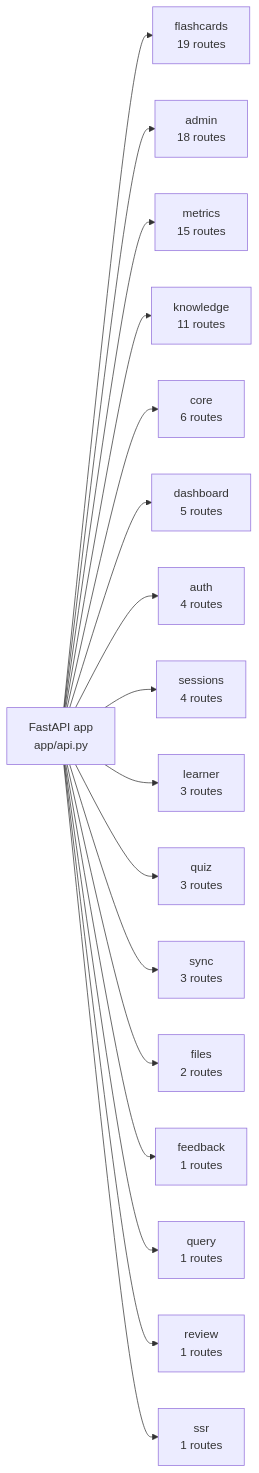
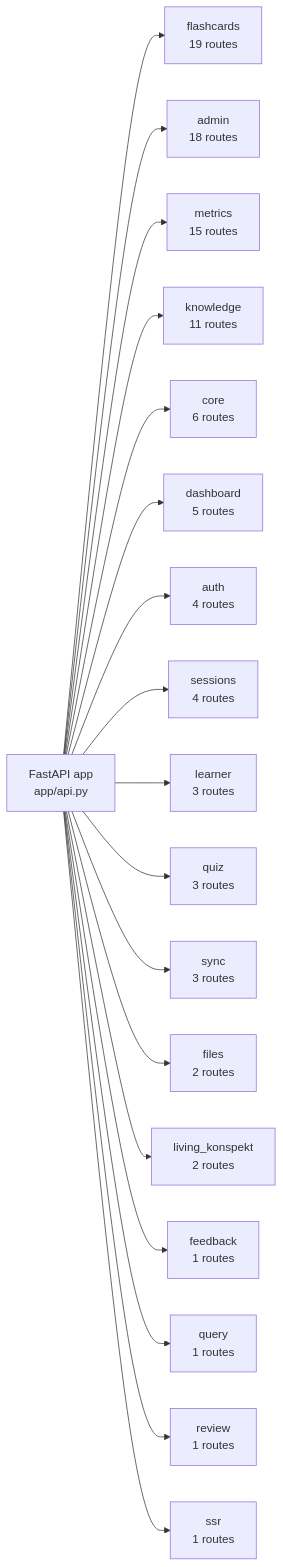
Before and after one commit to ktolmachov/hometutor: the first of 11 diagrams in docs/diagrams.md, drawn with Mermaid. The commit also changed other lines of this file and 2 other files, not shown here.

````diff
--- a/docs/diagrams.md
+++ b/docs/diagrams.md
@@ -12,20 +13,21 @@
 ```mermaid
 flowchart LR
     API["FastAPI app<br/>app/api.py"]
     API --> flashcards["flashcards<br/>19 routes"]
     API --> admin["admin<br/>18 routes"]
     API --> metrics["metrics<br/>15 routes"]
     API --> knowledge["knowledge<br/>11 routes"]
     API --> core["core<br/>6 routes"]
     API --> dashboard["dashboard<br/>5 routes"]
     API --> auth["auth<br/>4 routes"]
     API --> sessions["sessions<br/>4 routes"]
     API --> learner["learner<br/>3 routes"]
     API --> quiz["quiz<br/>3 routes"]
     API --> sync["sync<br/>3 routes"]
     API --> files["files<br/>2 routes"]
+    API --> living_konspekt["living_konspekt<br/>2 routes"]
     API --> feedback["feedback<br/>1 routes"]
     API --> query["query<br/>1 routes"]
     API --> review["review<br/>1 routes"]
     API --> ssr["ssr<br/>1 routes"]
 ```
````
